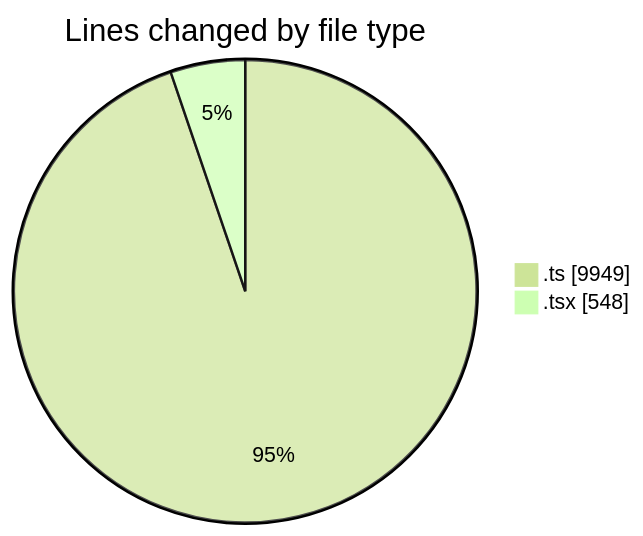
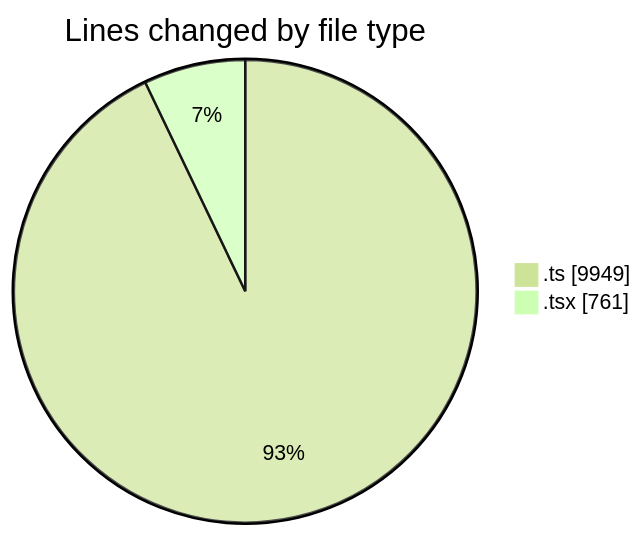
Before and after one commit to momahboobian/code-tracking: the first of 2 diagrams in 2025-06-11/cda/README.md, drawn with Mermaid (forest theme). The commit also changed other lines of this file and 1 other file, not shown here.

````diff
--- a/2025-06-11/cda/README.md
+++ b/2025-06-11/cda/README.md
@@ -25,6 +26,6 @@
 ```mermaid
 pie showData
 title Lines changed by file type
 ".ts" : 9949
-".tsx" : 548
+".tsx" : 761
 ```
````
